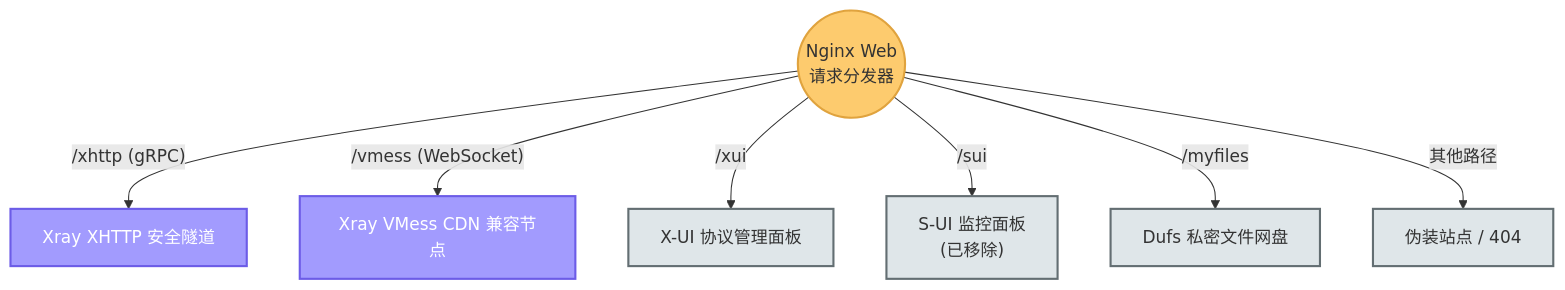
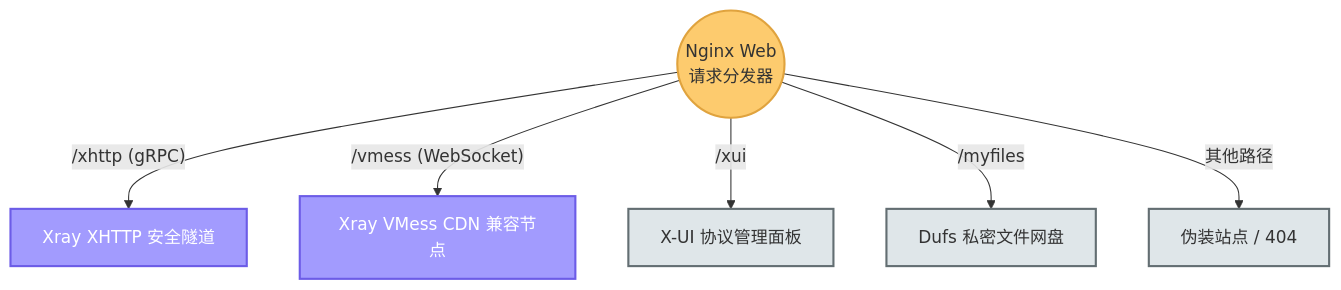
Before and after one commit to currycan/sb-xray: the fourth of 12 diagrams in docs/01-architecture-and-traffic.md, drawn with Mermaid. The commit also changed other lines of this file and 23 other files, not shown here.

````diff
--- a/docs/01-architecture-and-traffic.md
+++ b/docs/01-architecture-and-traffic.md
@@ -184,15 +183,14 @@
 ```mermaid
 flowchart TD
     classDef gateway  fill:#fdcb6e,stroke:#e0a33e,stroke-width:2px,color:#333
     classDef xray     fill:#a29bfe,stroke:#6c5ce7,stroke-width:2px,color:#fff
     classDef app      fill:#dfe6e9,stroke:#636e72,stroke-width:2px,color:#333
 
     NginxWeb(("Nginx Web<br/>请求分发器")):::gateway
 
     NginxWeb -- "/xhttp (gRPC)" --> Xhttp["Xray XHTTP 安全隧道"]:::xray
     NginxWeb -- "/vmess (WebSocket)" --> VMess["Xray VMess CDN 兼容节点"]:::xray
     NginxWeb -- "/xui" --> XUI["X-UI 协议管理面板"]:::app
-    NginxWeb -- "/sui" --> SUI["S-UI 监控面板<br/>(已移除)"]:::app
     NginxWeb -- "/myfiles" --> Dufs["Dufs 私密文件网盘"]:::app
     NginxWeb -- "其他路径" --> FakeWeb["伪装站点 / 404"]:::app
 ```
````
